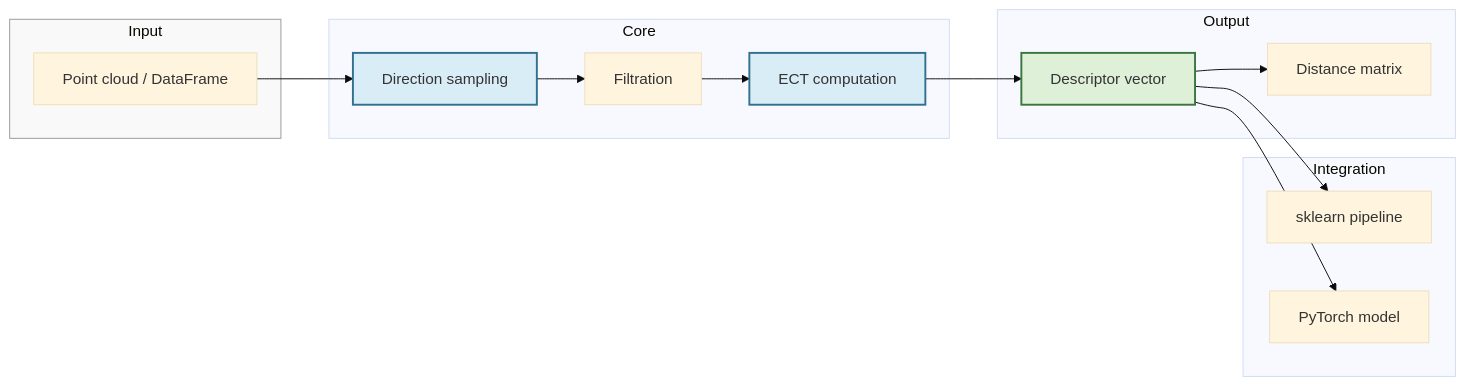
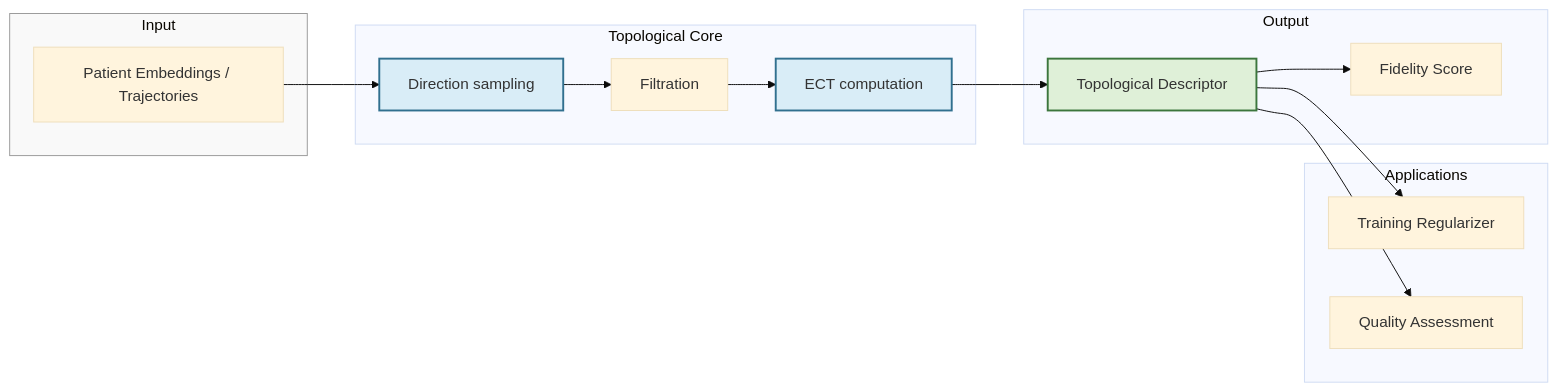
The diagram in docs/source/index.rst (Krv-Labs/trailed), drawn with Mermaid (base theme) before and after one commit. The commit also changed other lines of this file and 5 other files, not shown here.

Commit message:
Update documentation to reflect topological representation learning for EHR data

```diff
--- a/docs/source/index.rst
+++ b/docs/source/index.rst
@@ -55,35 +68,35 @@
 .. mermaid::
 
    graph LR
       subgraph Input
-         A[Point cloud / DataFrame]
+         A[Patient Embeddings / Trajectories]
       end
 
-      subgraph "Core"
+      subgraph "Topological Core"
          B["Direction sampling"]
          C["Filtration"]
          D["ECT computation"]
       end
 
       subgraph "Output"
-         E["Descriptor vector"]
-         F["Distance matrix"]
+         E["Topological Descriptor"]
+         F["Fidelity Score"]
       end
 
-      subgraph "Integration"
-         G["sklearn pipeline"]
-         H["PyTorch model"]
+      subgraph "Applications"
+         G["Training Regularizer"]
+         H["Quality Assessment"]
       end
 
       A --> B
       B --> C
       C --> D
       D --> E
       E --> F
       E --> G
       E --> H
 
       style Input fill:#f9f9f9,stroke:#999
       style B fill:#D9EDF7,stroke:#31708F,stroke-width:2px
       style D fill:#D9EDF7,stroke:#31708F,stroke-width:2px
       style E fill:#DFF0D8,stroke:#3C763D,stroke-width:2px
```
